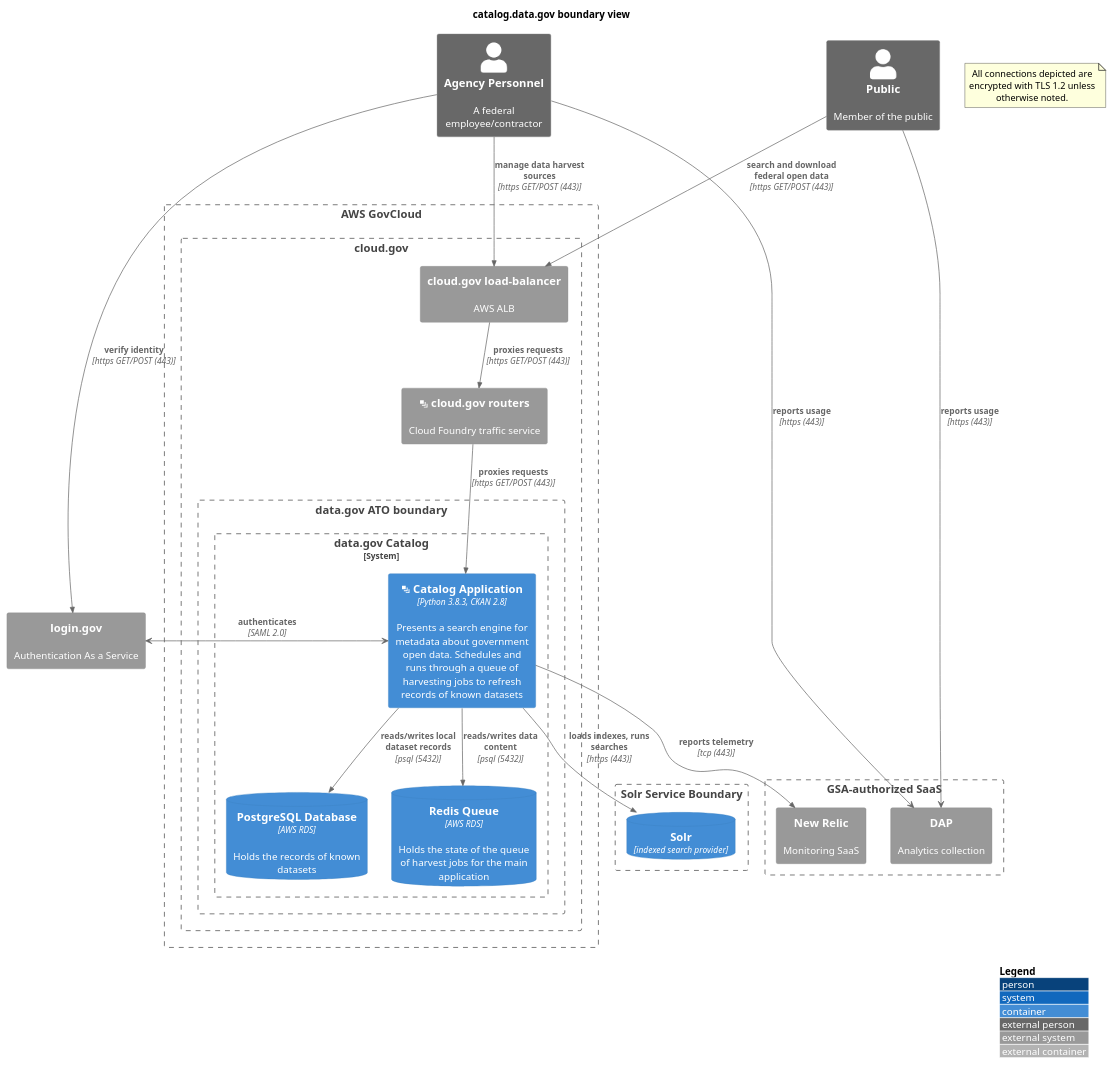
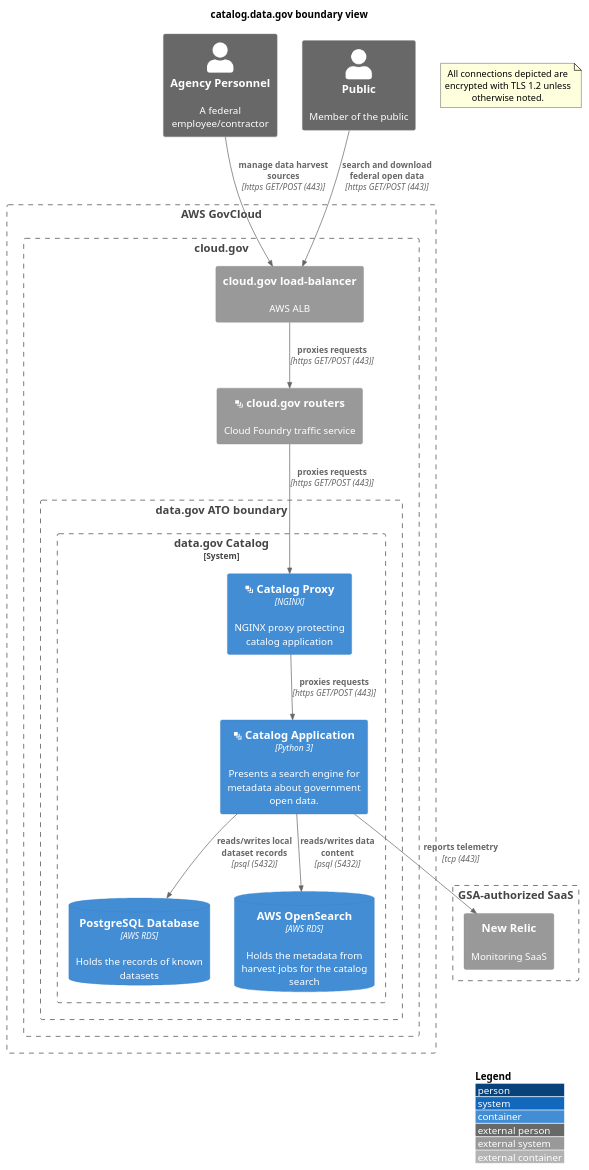
Before and after one commit to GSA/datagov-compliance: the diagram in apps/catalog.boundary.md, drawn with PlantUML. The commit also changed 11 other files, not shown here.

````diff
--- a/apps/catalog.boundary.md
+++ b/apps/catalog.boundary.md
@@ -3,47 +3,40 @@
 ```plantuml
 @startuml
 !include https://raw.githubusercontent.com/plantuml-stdlib/C4-PlantUML/master/C4_Container.puml
 ' uncomment the following line and comment the first to use locally
 ' !include C4_Container.puml
 LAYOUT_WITH_LEGEND()
 title catalog.data.gov boundary view
 Person_Ext(personnel, "Agency Personnel", "A federal employee/contractor")
 Person_Ext(public, "Public", "Member of the public")
 note as EncryptionNote
 All connections depicted are encrypted with TLS 1.2 unless otherwise noted.
 end note
 Boundary(aws, "AWS GovCloud") {
     Boundary(cloudgov, "cloud.gov") {
         System_Ext(aws_alb, "cloud.gov load-balancer", "AWS ALB")
         System_Ext(cloudgov_router, "<&layers> cloud.gov routers", "Cloud Foundry traffic service")
         Boundary(atob, "data.gov ATO boundary") {
             System_Boundary(catalog, "data.gov Catalog") {
-                Container(catalog_app, "<&layers> Catalog Application", "Python 3.8.3, CKAN 2.8", "Presents a search engine for metadata about government open data. Schedules and runs through a queue of harvesting jobs to refresh records of known datasets")
+                Container(catalog_proxy, "<&layers> Catalog Proxy", "NGINX", "NGINX proxy protecting catalog application")
+                Container(catalog_app, "<&layers> Catalog Application", "Python 3", "Presents a search engine for metadata about government open data.")
                 ContainerDb(catalog_db, "PostgreSQL Database", "AWS RDS", "Holds the records of known datasets")
-                ContainerDb(catalog_s3, "Redis Queue", "AWS RDS", "Holds the state of the queue of harvest jobs for the main application")
+                ContainerDb(catalog_openSearch, "AWS OpenSearch", "AWS RDS", "Holds the metadata from harvest jobs for the catalog search")
             }
         }
     }
 }
-System_Ext(login, "login.gov", "Authentication As a Service")
 Boundary(gsa_saas, "GSA-authorized SaaS") {
-    System_Ext(dap, "DAP", "Analytics collection")
     System_Ext(newrelic, "New Relic", "Monitoring SaaS")
 }
-personnel -> dap : **reports usage** \n//[https (443)]//
-public -> dap : **reports usage** \n//[https (443)]//
 Rel(catalog_app, newrelic, "reports telemetry", "tcp (443)")
 Rel(personnel, aws_alb, "manage data harvest sources", "https GET/POST (443)")
 Rel(public, aws_alb, "search and download federal open data", "https GET/POST (443)")
 Rel(aws_alb, cloudgov_router, "proxies requests", "https GET/POST (443)")
-Rel(cloudgov_router, catalog_app, "proxies requests", "https GET/POST (443)")
-catalog_app <-> login : **authenticates** \n//[SAML 2.0]//
-Rel(personnel, login, "verify identity", "https GET/POST (443)")
+Rel(cloudgov_router, catalog_proxy, "proxies requests", "https GET/POST (443)")
+Rel(catalog_proxy, catalog_app, "proxies requests", "https GET/POST (443)")
 Rel(catalog_app, catalog_db, "reads/writes local dataset records", "psql (5432)")
-Rel(catalog_app, catalog_s3, "reads/writes data content", "psql (5432)")
-Boundary(solrb, "Solr Service Boundary") {
-  ContainerDb(solr, "Solr", "indexed search provider")
-}
-Rel(catalog_app, solr, "loads indexes, runs searches", "https (443)")
+Rel(catalog_app, catalog_openSearch, "reads/writes data content", "psql (5432)")
+
 @enduml
 ```
````
